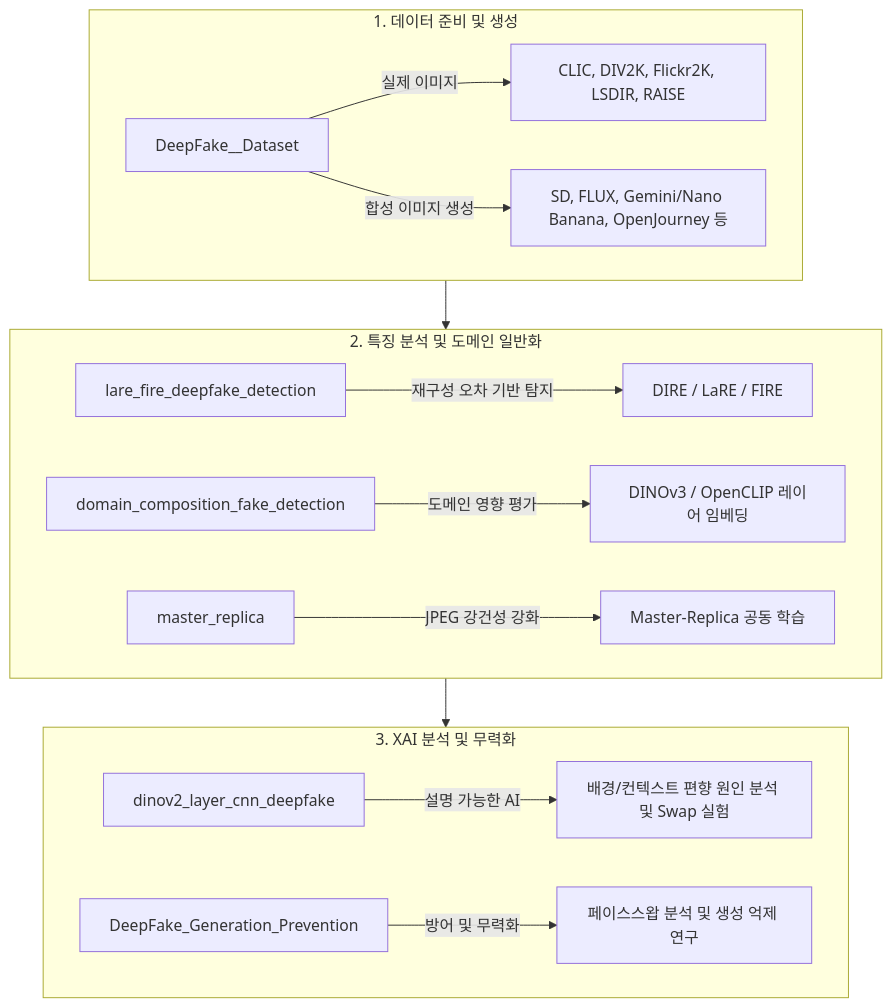
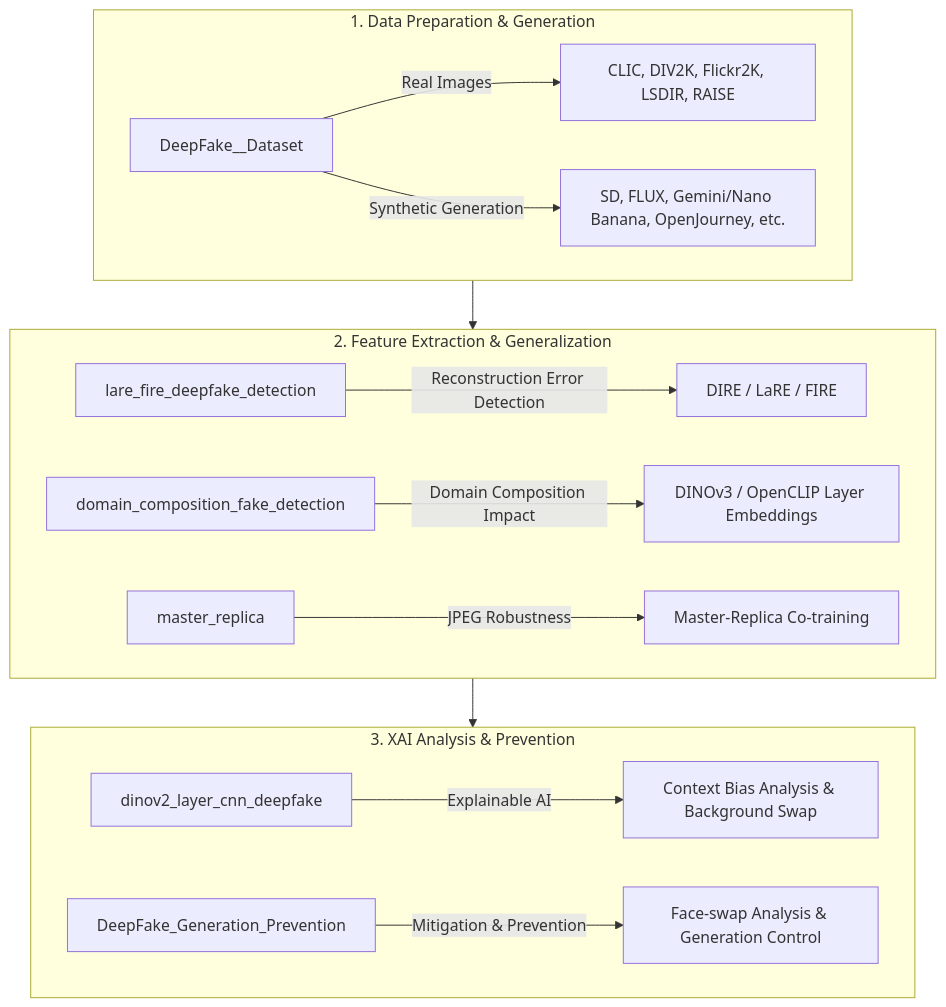
Before and after one commit to Fate-0527/DeepFake_Image_Detection: the diagram in README.md, drawn with Mermaid. The commit also changed other lines of this file and 1 other file, not shown here.

````diff
--- a/README.md
+++ b/README.md
@@ -71,21 +71,21 @@
 ```mermaid
 flowchart TD
-    subgraph DataPrep [1. 데이터 준비 및 생성]
-        A[DeepFake__Dataset] -->|실제 이미지| B[CLIC, DIV2K, Flickr2K, LSDIR, RAISE]
-        A -->|합성 이미지 생성| C[SD, FLUX, Gemini/Nano Banana, OpenJourney 등]
+    subgraph DataPrep [1. Data Preparation & Generation]
+        A[DeepFake__Dataset] -->|Real Images| B[CLIC, DIV2K, Flickr2K, LSDIR, RAISE]
+        A -->|Synthetic Generation| C[SD, FLUX, Gemini/Nano Banana, OpenJourney, etc.]
     end
 
-    subgraph FeatureExtract [2. 특징 분석 및 도메인 일반화]
-        D[lare_fire_deepfake_detection] -->|재구성 오차 기반 탐지| E[DIRE / LaRE / FIRE]
-        F[domain_composition_fake_detection] -->|도메인 영향 평가| G[DINOv3 / OpenCLIP 레이어 임베딩]
-        H[master_replica] -->|JPEG 강건성 강화| I[Master-Replica 공동 학습]
+    subgraph FeatureExtract [2. Feature Extraction & Generalization]
+        D[lare_fire_deepfake_detection] -->|Reconstruction Error Detection| E[DIRE / LaRE / FIRE]
+        F[domain_composition_fake_detection] -->|Domain Composition Impact| G[DINOv3 / OpenCLIP Layer Embeddings]
+        H[master_replica] -->|JPEG Robustness| I[Master-Replica Co-training]
     end
 
-    subgraph Analysis [3. XAI 분석 및 무력화]
-        J[dinov2_layer_cnn_deepfake] -->|설명 가능한 AI| K[배경/컨텍스트 편향 원인 분석 및 Swap 실험]
-        L[DeepFake_Generation_Prevention] -->|방어 및 무력화| M[페이스스왑 분석 및 생성 억제 연구]
+    subgraph Analysis [3. XAI Analysis & Prevention]
+        J[dinov2_layer_cnn_deepfake] -->|Explainable AI| K[Context Bias Analysis & Background Swap]
+        L[DeepFake_Generation_Prevention] -->|Mitigation & Prevention| M[Face-swap Analysis & Generation Control]
     end
 
     DataPrep --> FeatureExtract
     FeatureExtract --> Analysis
 ```
````
